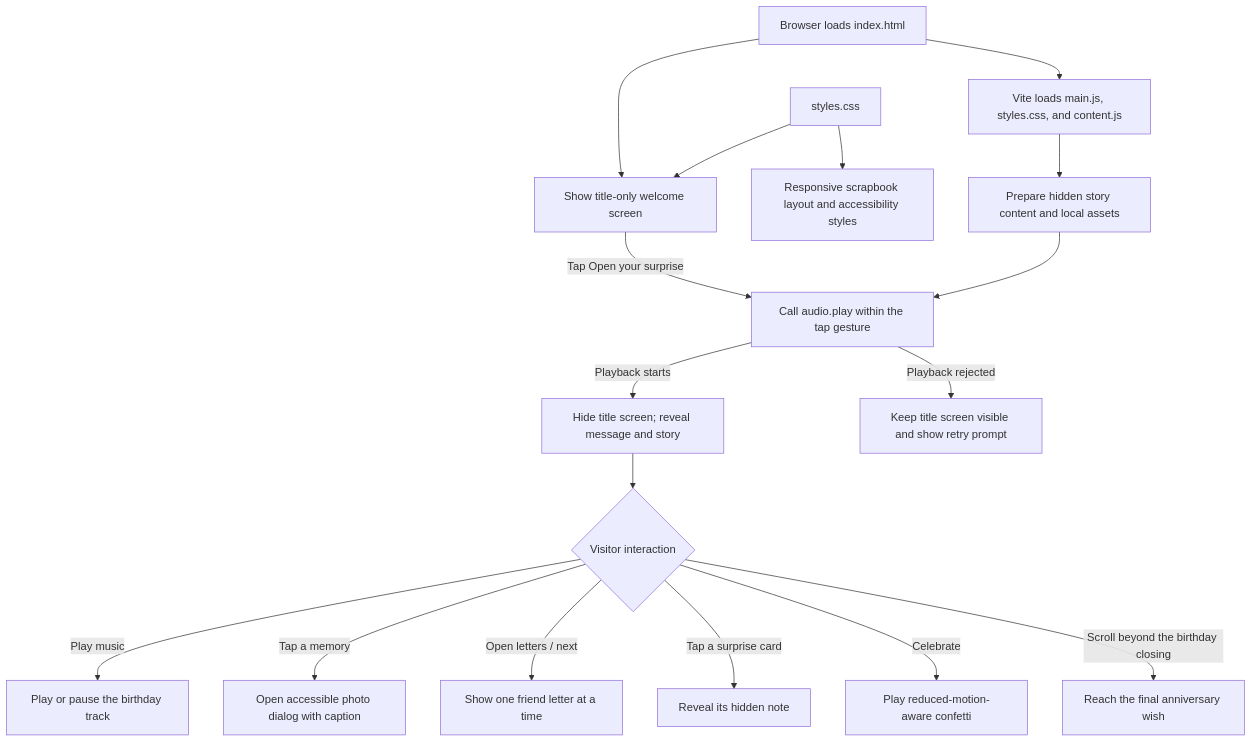
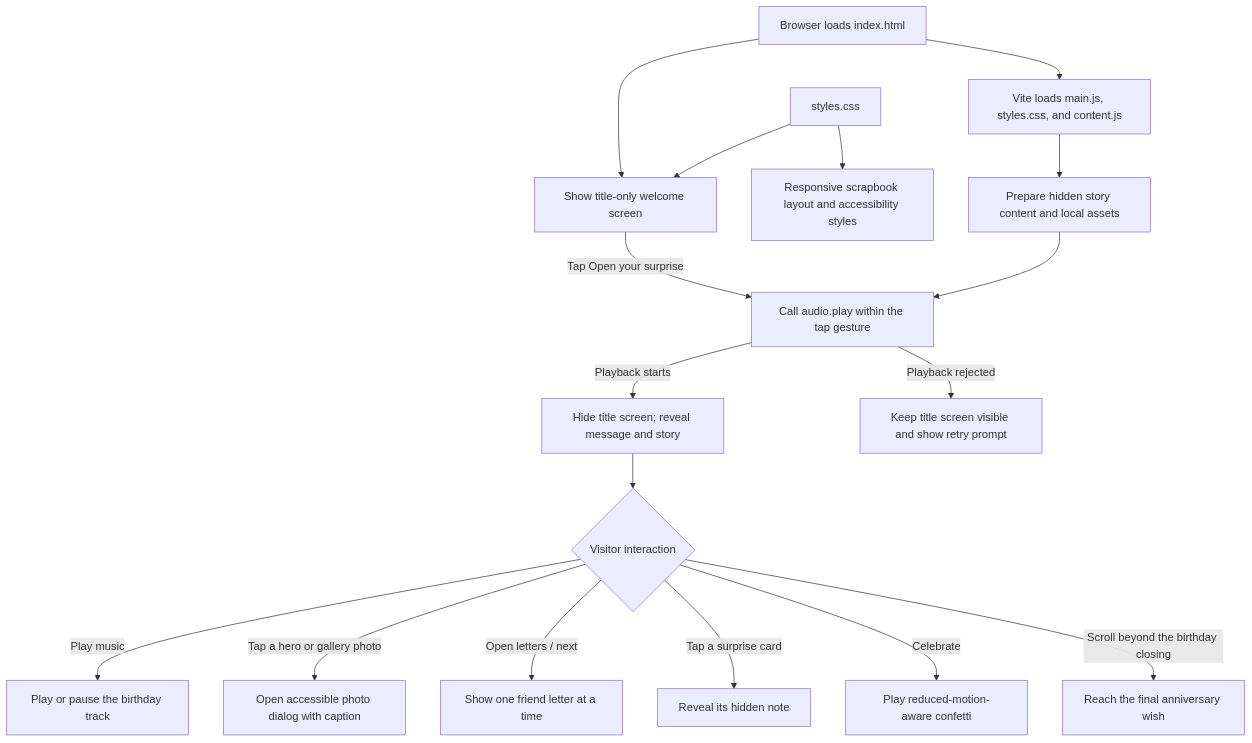
Before and after one commit to KXLM10/angie-birthday-website-26-11-2026: the diagram in docs/architecture.md, drawn with Mermaid. The commit also changed other lines of this file and 23 other files, not shown here.

````diff
--- a/docs/architecture.md
+++ b/docs/architecture.md
@@ -7,19 +7,19 @@
 ```mermaid
 flowchart TD
   A[Browser loads index.html] --> B[Show title-only welcome screen]
   A --> C[Vite loads main.js, styles.css, and content.js]
   C --> D[Prepare hidden story content and local assets]
   B -->|Tap Open your surprise| E[Call audio.play within the tap gesture]
   D --> E
   E -->|Playback starts| F[Hide title screen; reveal message and story]
   E -->|Playback rejected| R[Keep title screen visible and show retry prompt]
   F --> G{Visitor interaction}
   G -->|Play music| H[Play or pause the birthday track]
-  G -->|Tap a memory| I[Open accessible photo dialog with caption]
+  G -->|Tap a hero or gallery photo| I[Open accessible photo dialog with caption]
   G -->|Open letters / next| J[Show one friend letter at a time]
   G -->|Tap a surprise card| K[Reveal its hidden note]
   G -->|Celebrate| L[Play reduced-motion-aware confetti]
   G -->|Scroll beyond the birthday closing| S[Reach the final anniversary wish]
   M[styles.css] --> B
   M --> N[Responsive scrapbook layout and accessibility styles]
 ```
````
